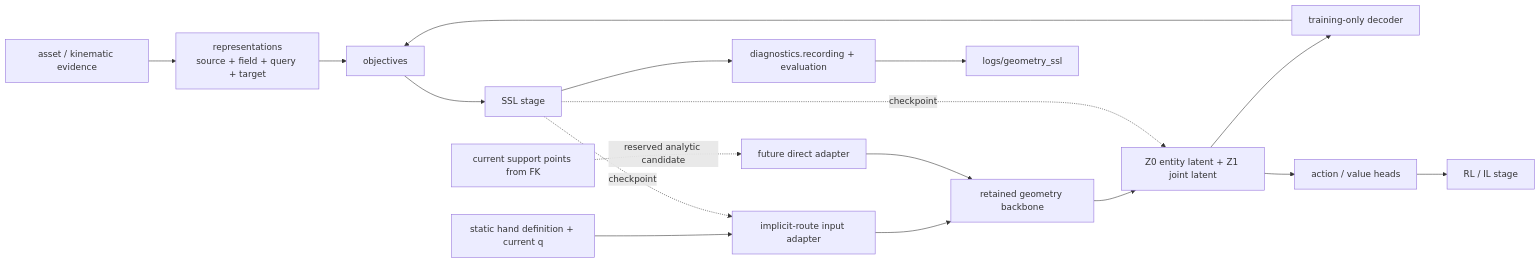
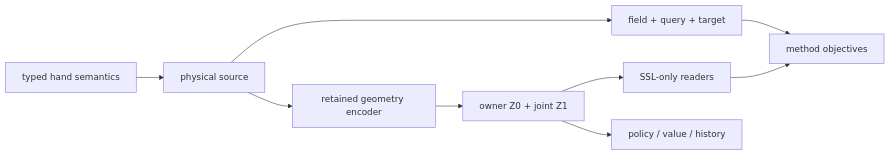
One commit to riemac/AnyMani changed the diagram in source/anymani/anymani/distill/README.md. Above: the diagram before and after it, drawn with Mermaid. The commit also changed other lines of this file and 93 other files, not shown here.

First line of the commit message:
feat(ssl): lift gaussian method into distill/methods

````diff
--- a/source/anymani/anymani/distill/README.md
+++ b/source/anymani/anymani/distill/README.md
@@ -29,19 +42,11 @@
 ```mermaid
 flowchart LR
-    A[asset / kinematic evidence] --> R[representations<br/>source + field + query + target]
-    D[static hand definition + current q] --> I[implicit-route input adapter]
-    P[current support points from FK] -. reserved analytic candidate .-> J[future direct adapter]
-    I --> B[retained geometry backbone]
-    J --> B
-    B --> Z[Z0 entity latent + Z1 joint latent]
-    Z --> X[training-only decoder]
-    R --> O[objectives]
-    X --> O
-    Z --> H[action / value heads]
-    H --> RL[RL / IL stage]
-    O --> SSL[SSL stage]
-    SSL -. checkpoint .-> I
-    SSL -. checkpoint .-> Z
-    SSL --> G[diagnostics.recording + evaluation]
-    G --> L[logs/geometry_ssl]
+    A[typed hand semantics] --> S[physical source]
+    S --> R[field + query + target]
+    S --> E[retained geometry encoder]
+    E --> Z[owner Z0 + joint Z1]
+    Z --> D[SSL-only readers]
+    R --> M[method objectives]
+    D --> M
+    Z --> P[policy / value / history]
 ```
````
